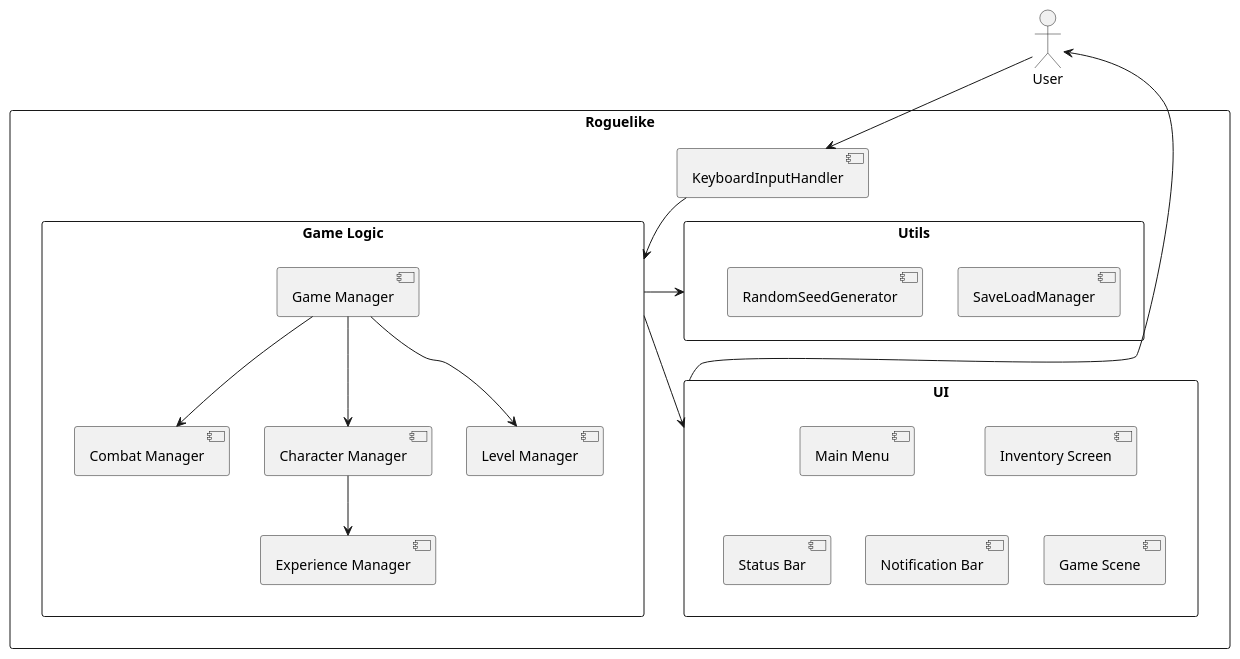
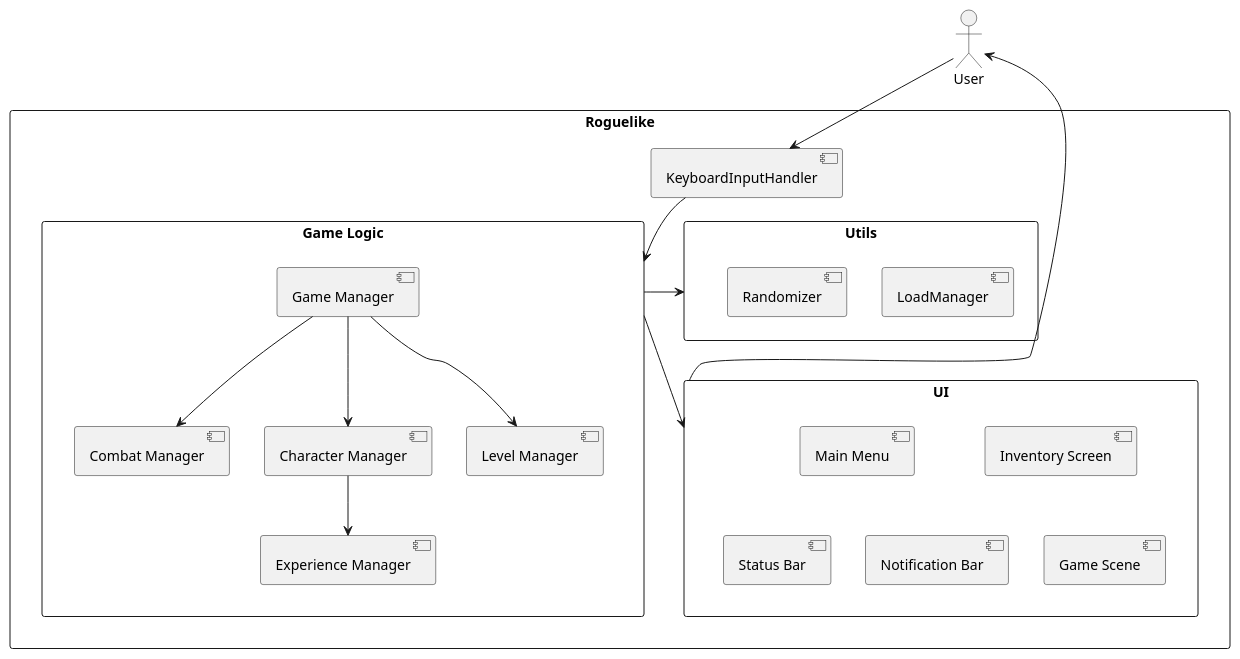
One commit to itmo-software-design/roguelike changed the diagram in docs/schemas/componentDiagram.puml. Above: the diagram before and after it, drawn with PlantUML. The commit also changed 3 other files, not shown here.

Commit message:
Update diagrams.

```diff
--- a/docs/schemas/componentDiagram.puml
+++ b/docs/schemas/componentDiagram.puml
@@ -1,42 +1,42 @@
 @startuml
 top to bottom direction
 
 actor User
 
 rectangle "Roguelike" {
     [KeyboardInputHandler]
 
     rectangle "Utils" {
-        [SaveLoadManager]
-        [RandomSeedGenerator]
+        [LoadManager]
+        [Randomizer]
     }
     rectangle "Game Logic" {
         [Game Manager]
         together {
             [Level Manager]
             [Character Manager]
             [Experience Manager]
             [Combat Manager]
         }
     }
     rectangle "UI" {
         [Main Menu]
         [Inventory Screen]
         together {
             [Game Scene]
             [Status Bar]
             [Notification Bar]
         }
     }
 }
 
 User -down-> [KeyboardInputHandler]
 [KeyboardInputHandler] -down-> [Game Logic]
 [Game Manager] -down-> [Level Manager]
 [Game Manager] -down-> [Character Manager]
 [Character Manager] -down-> [Experience Manager]
 [Game Manager] -down-> [Combat Manager]
 [Game Logic] -down-> [UI]
 [Game Logic] -left-> [Utils]
 UI -up-> User
 @enduml
```
